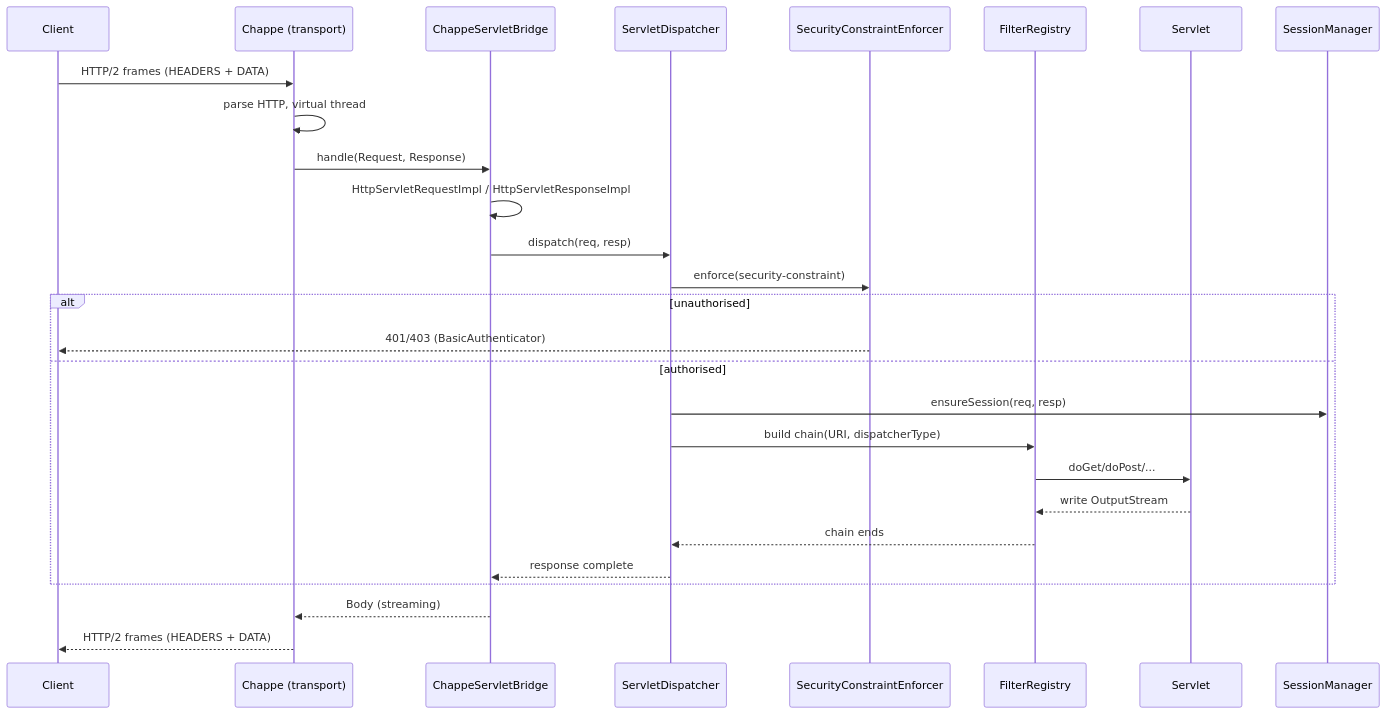
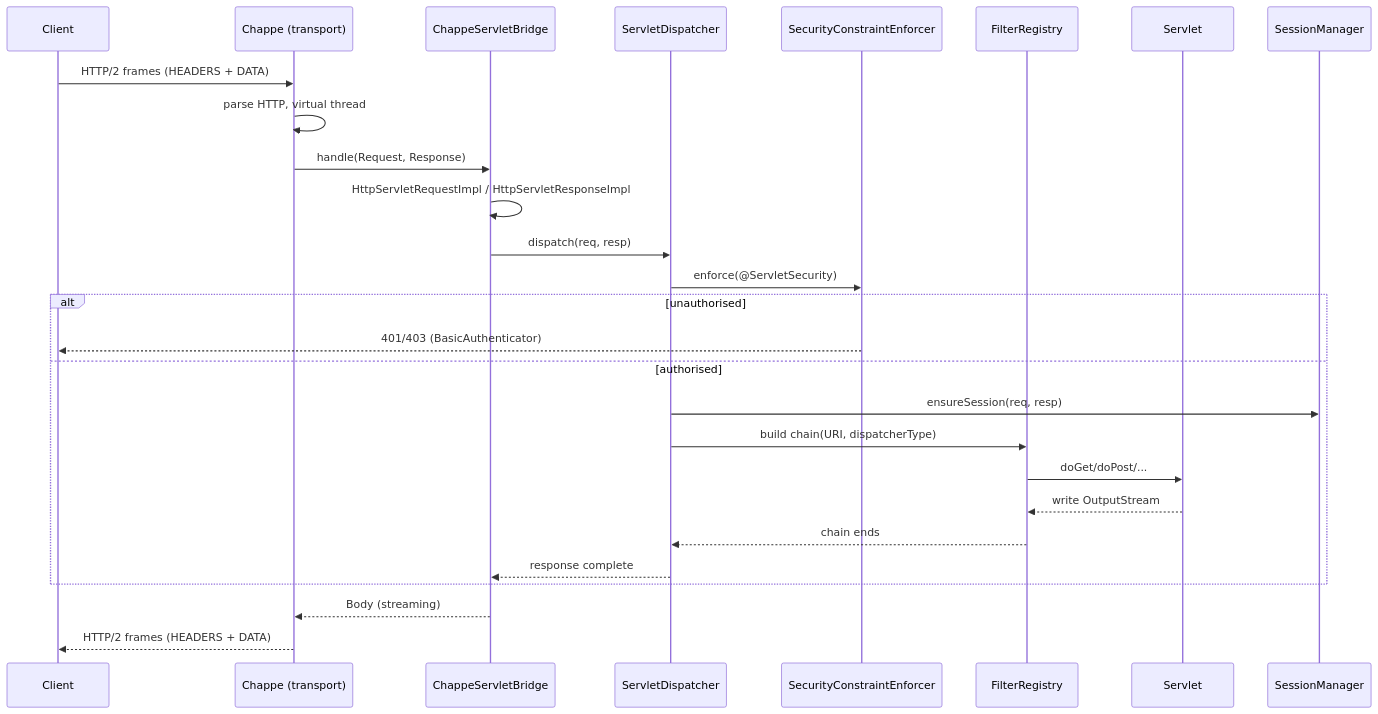
Before and after one commit to vidocq-stack/foy: the second of 3 diagrams in docs/en/modules/ROOT/pages/internals.adoc, drawn with Mermaid. The commit also changed other lines of this file and 7 other files, not shown here.

```diff
--- a/docs/en/modules/ROOT/pages/internals.adoc
+++ b/docs/en/modules/ROOT/pages/internals.adoc
@@ -59,31 +59,31 @@
 [mermaid]
 ....
 sequenceDiagram
     participant Client
     participant Chappe as Chappe (transport)
     participant Bridge as ChappeServletBridge
     participant Disp as ServletDispatcher
     participant Sec as SecurityConstraintEnforcer
     participant Filters as FilterRegistry
     participant Servlet
     participant Session as SessionManager
 
     Client->>Chappe: HTTP/2 frames (HEADERS + DATA)
     Chappe->>Chappe: parse HTTP, virtual thread
     Chappe->>Bridge: handle(Request, Response)
     Bridge->>Bridge: HttpServletRequestImpl / HttpServletResponseImpl
     Bridge->>Disp: dispatch(req, resp)
-    Disp->>Sec: enforce(security-constraint)
+    Disp->>Sec: enforce(@ServletSecurity)
     alt unauthorised
         Sec-->>Client: 401/403 (BasicAuthenticator)
     else authorised
         Disp->>Session: ensureSession(req, resp)
         Disp->>Filters: build chain(URI, dispatcherType)
         Filters->>Servlet: doGet/doPost/...
         Servlet-->>Filters: write OutputStream
         Filters-->>Disp: chain ends
         Disp-->>Bridge: response complete
     end
     Bridge-->>Chappe: Body (streaming)
     Chappe-->>Client: HTTP/2 frames (HEADERS + DATA)
 ....
```
